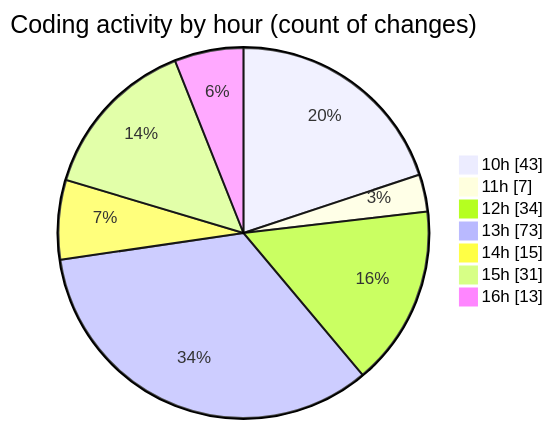
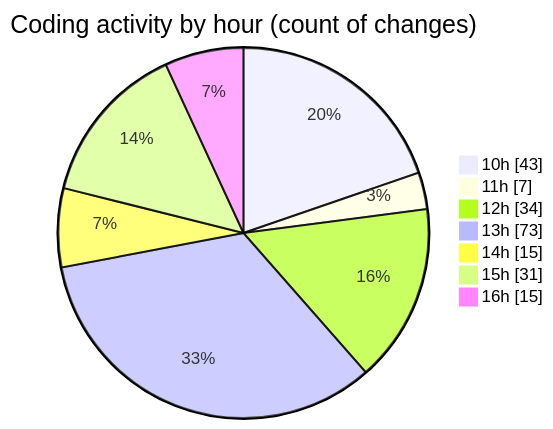
The second of 2 diagrams in 2025-10-29/cda/README.md (momahboobian/code-tracking), drawn with Mermaid before and after one commit. The commit also changed other lines of this file and 1 other file, not shown here.

````diff
--- a/2025-10-29/cda/README.md
+++ b/2025-10-29/cda/README.md
@@ -55,11 +57,11 @@
 ```mermaid
 pie showData
 title Coding activity by hour (count of changes)
 "10h" : 43
 "11h" : 7
 "12h" : 34
 "13h" : 73
 "14h" : 15
 "15h" : 31
-"16h" : 13
+"16h" : 15
 ```
````
